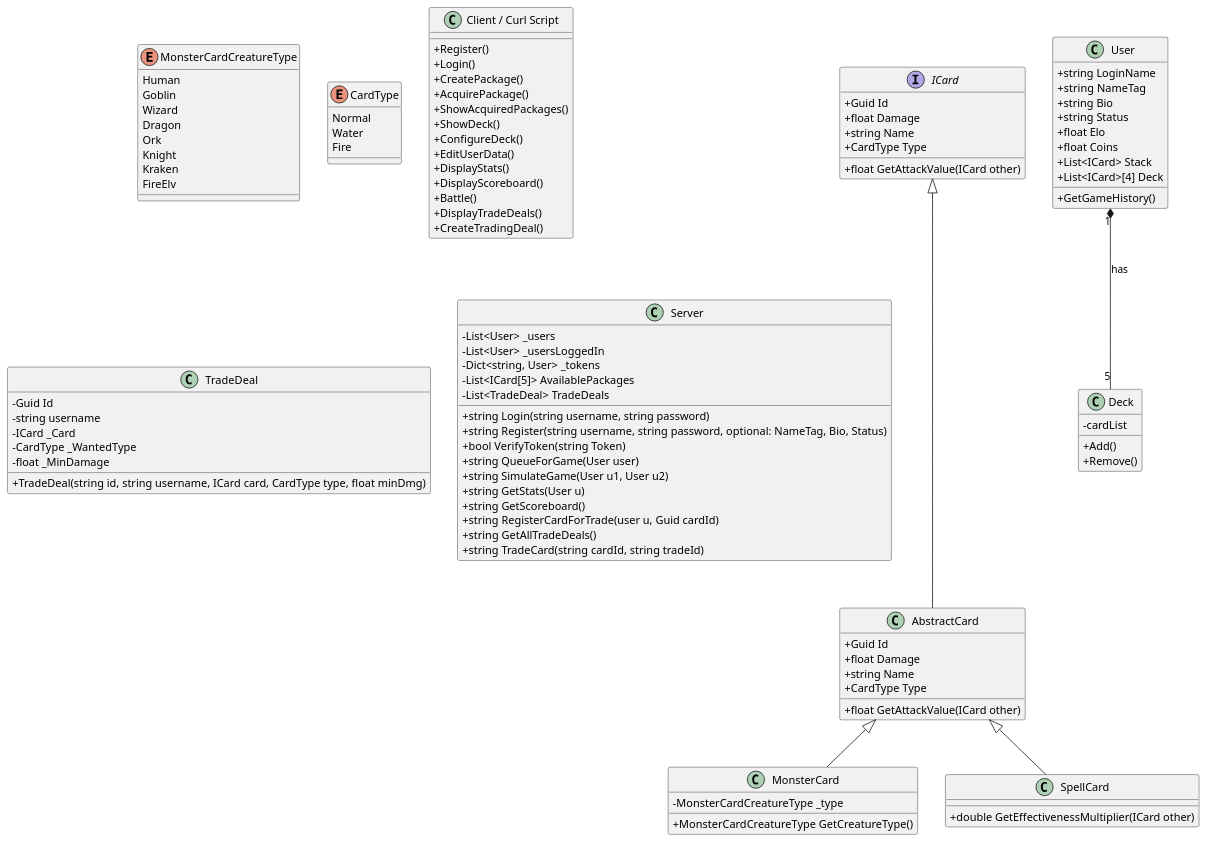
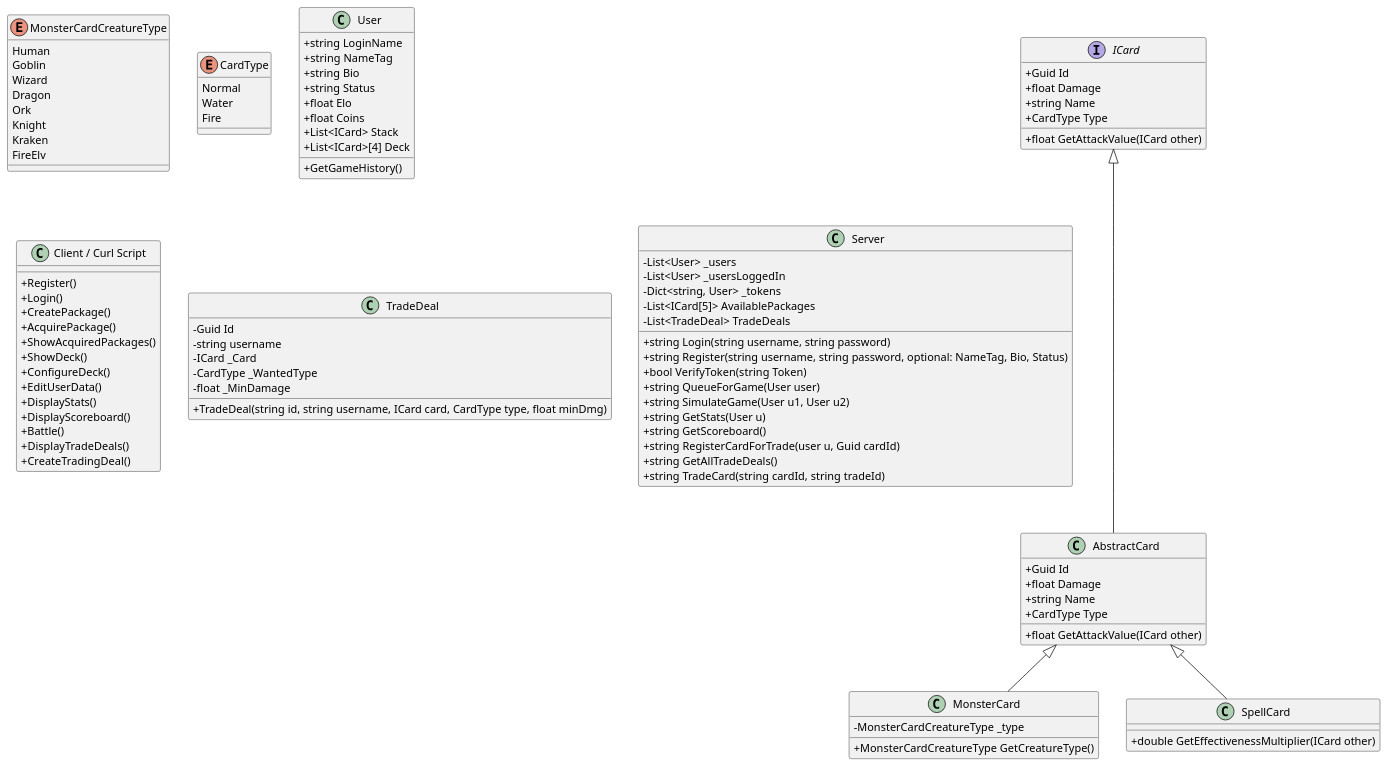
Before and after one commit to cellularegg/swe-mtcg: the diagram in mtcg_class_diagram.puml, drawn with PlantUML. The commit also changed 1 other file, not shown here.

Commit message:
Updated Class Diagram

```diff
--- a/mtcg_class_diagram.puml
+++ b/mtcg_class_diagram.puml
@@ -1,111 +1,105 @@
 @startuml
 skinparam classAttributeIconSize 0
 
 Interface ICard{
  +Guid Id
  +float Damage
  +string Name
  +CardType Type
  +float GetAttackValue(ICard other)
 }
 
 class AbstractCard{
  +Guid Id
  +float Damage
  +string Name
  +CardType Type
  +float GetAttackValue(ICard other)
 }
 ICard <|--- AbstractCard
 
 class MonsterCard{
  -MonsterCardCreatureType _type
  +MonsterCardCreatureType GetCreatureType()
 }
 enum MonsterCardCreatureType{
  Human
  Goblin
  Wizard
  Dragon
  Ork
  Knight
  Kraken
  FireElv
 }
 
 class SpellCard{
  +double GetEffectivenessMultiplier(ICard other)
 }
 enum CardType{
  Normal
  Water
  Fire
 }
 AbstractCard <|-- MonsterCard
 AbstractCard <|-- SpellCard
 
 class User{
  +string LoginName
  +string NameTag
  +string Bio
  +string Status
  +float Elo
  +float Coins
  +List<ICard> Stack
  +GetGameHistory()
  +List<ICard>[4] Deck
 }
-User "1" *-- "5" Deck: has
 
-class Deck {
- -cardList
- +Add()
- +Remove()
-}
 
 class "Client / Curl Script"{
  +Register()
  +Login()
  +CreatePackage()
  +AcquirePackage()
  +ShowAcquiredPackages()
  +ShowDeck()
  +ConfigureDeck()
  +EditUserData()
  +DisplayStats()
  +DisplayScoreboard()
  +Battle()
  +DisplayTradeDeals()
  +CreateTradingDeal() 
 }
 
 
 class TradeDeal {
  -Guid Id
  -string username
  -ICard _Card
  -CardType _WantedType
  -float _MinDamage
  +TradeDeal(string id, string username, ICard card, CardType type, float minDmg)
 }
 
 class Server{
  -List<User> _users
  -List<User> _usersLoggedIn
  -Dict<string, User> _tokens
  -List<ICard[5]> AvailablePackages
  -List<TradeDeal> TradeDeals
  +string Login(string username, string password)
  +string Register(string username, string password, optional: NameTag, Bio, Status)
  +bool VerifyToken(string Token)
  +string QueueForGame(User user)
  +string SimulateGame(User u1, User u2)
  +string GetStats(User u)
  +string GetScoreboard()
  +string RegisterCardForTrade(user u, Guid cardId)
  +string GetAllTradeDeals()
  +string TradeCard(string cardId, string tradeId)
  
 }
 
 @enduml
```
